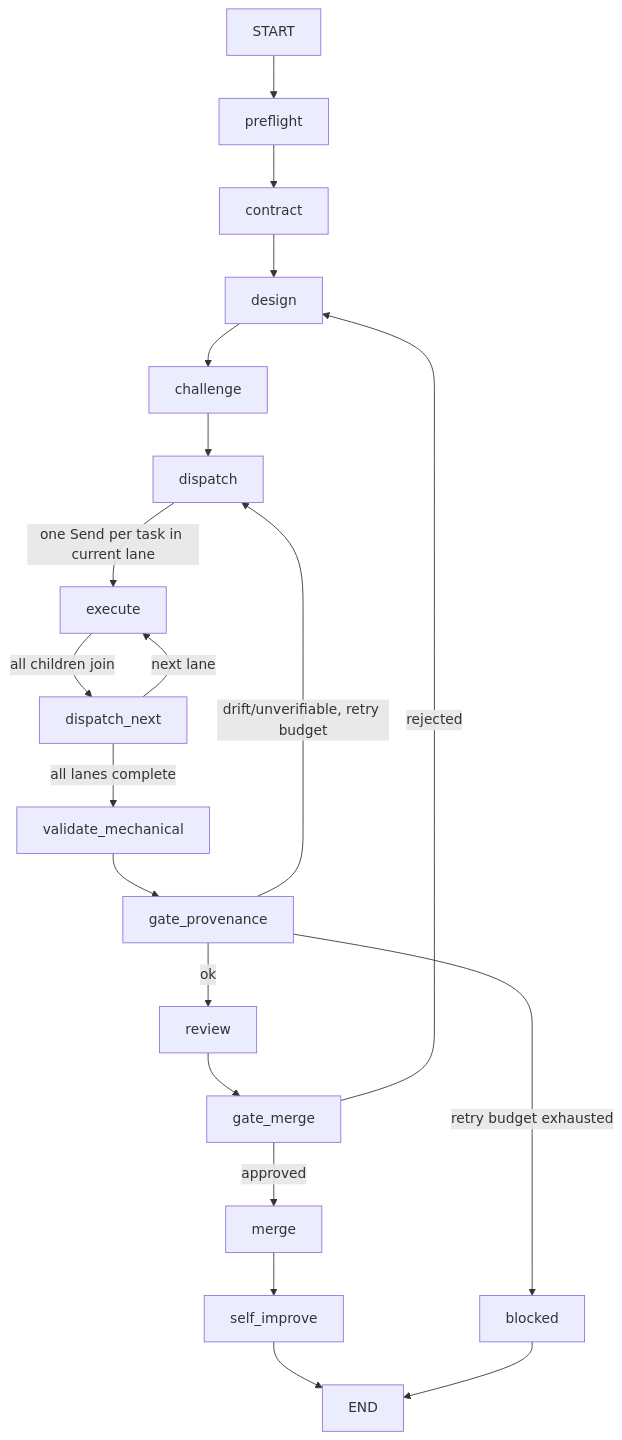
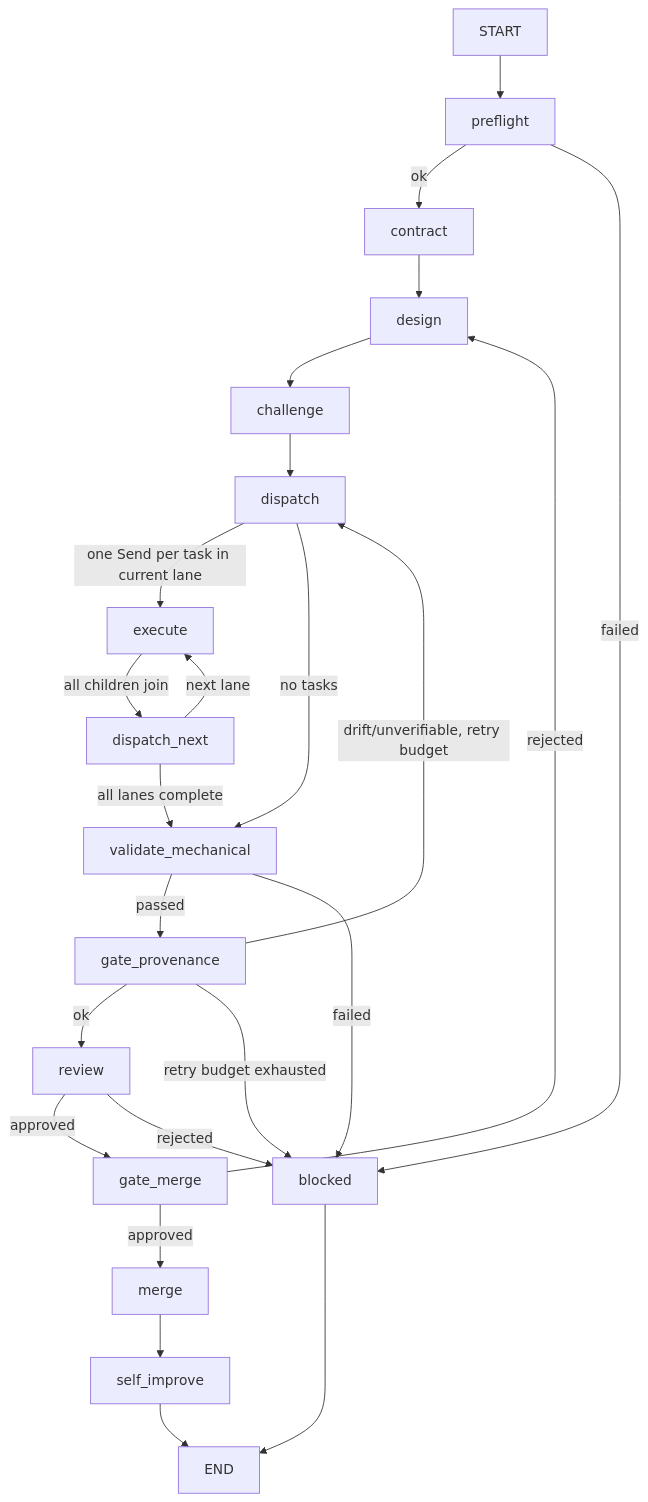
One commit to lac5q/beastmode changed the diagram in references/langgraph-pipeline.md. Above: the diagram before and after it, drawn with Mermaid. The commit also changed 42 other files, not shown here.

````diff
--- a/references/langgraph-pipeline.md
+++ b/references/langgraph-pipeline.md
@@ -7,16 +7,21 @@
 ```mermaid
 flowchart TD
-    START --> preflight --> contract --> design --> challenge --> dispatch
+    START --> preflight
+    preflight -->|ok| contract --> design --> challenge --> dispatch
+    preflight -->|failed| blocked
     dispatch -->|one Send per task in current lane| execute
+    dispatch -->|no tasks| validate_mechanical
     execute -->|all children join| dispatch_next
     dispatch_next -->|next lane| execute
     dispatch_next -->|all lanes complete| validate_mechanical
-    validate_mechanical --> gate_provenance
+    validate_mechanical -->|passed| gate_provenance
+    validate_mechanical -->|failed| blocked
     gate_provenance -->|ok| review
     gate_provenance -->|drift/unverifiable, retry budget| dispatch
     gate_provenance -->|retry budget exhausted| blocked
-    review --> gate_merge
+    review -->|approved| gate_merge
+    review -->|rejected| blocked
     gate_merge -->|approved| merge --> self_improve --> END
     gate_merge -->|rejected| design
     blocked --> END
 ```
````
